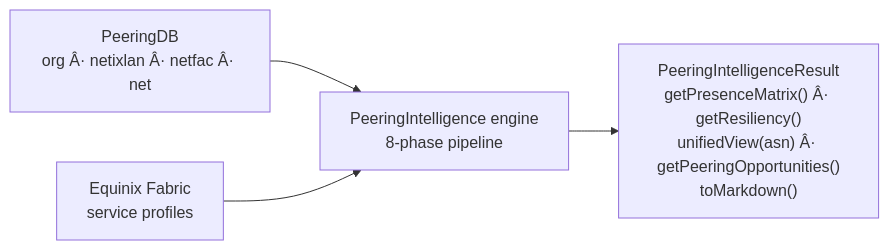
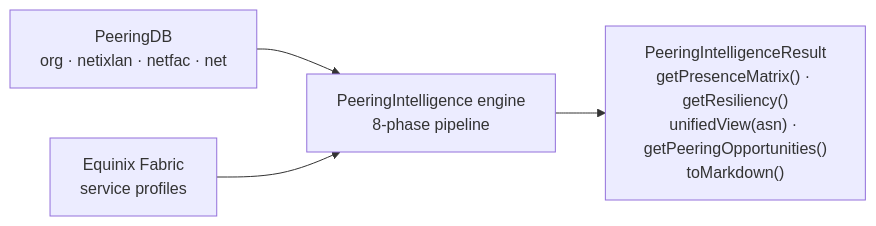
One commit to iantjones/equinix-java-sdk changed the first of 3 diagrams in README.md. Above: the diagram before and after it, drawn with Mermaid. The commit also changed other lines of this file and 1 other file, not shown here.

````diff
--- a/README.md
+++ b/README.md
@@ -1001,10 +1001,10 @@
 ```mermaid
 flowchart LR
-    pdb["PeeringDB<br/>org Â· netixlan Â· netfac Â· net"]
+    pdb["PeeringDB<br/>org · netixlan · netfac · net"]
     fab["Equinix Fabric<br/>service profiles"]
     engine["PeeringIntelligence engine<br/>8-phase pipeline"]
-    result["PeeringIntelligenceResult<br/>getPresenceMatrix() Â· getResiliency()<br/>unifiedView(asn) Â· getPeeringOpportunities()<br/>toMarkdown()"]
+    result["PeeringIntelligenceResult<br/>getPresenceMatrix() · getResiliency()<br/>unifiedView(asn) · getPeeringOpportunities()<br/>toMarkdown()"]
     pdb --> engine
     fab --> engine
     engine --> result
 ```
````
